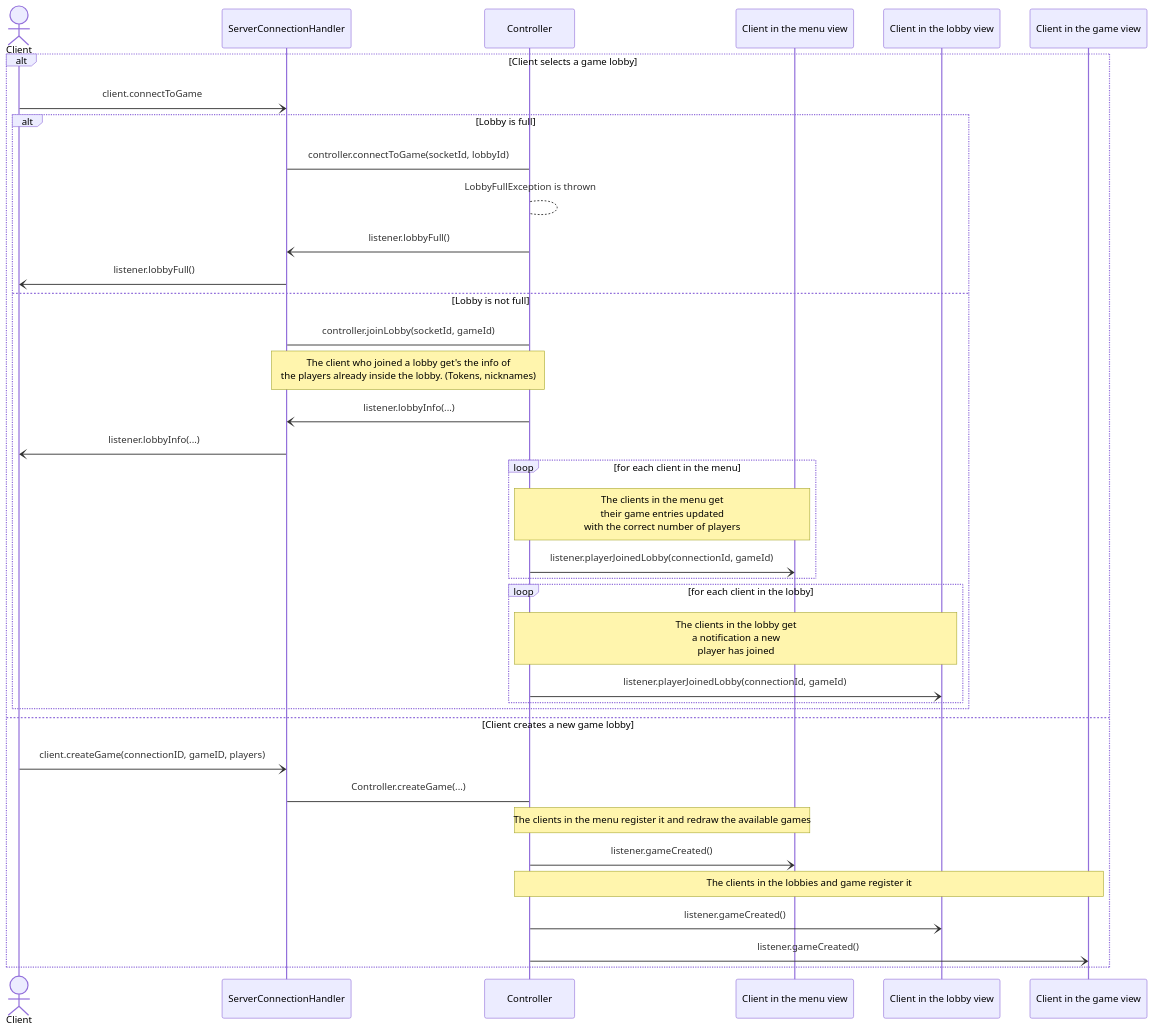
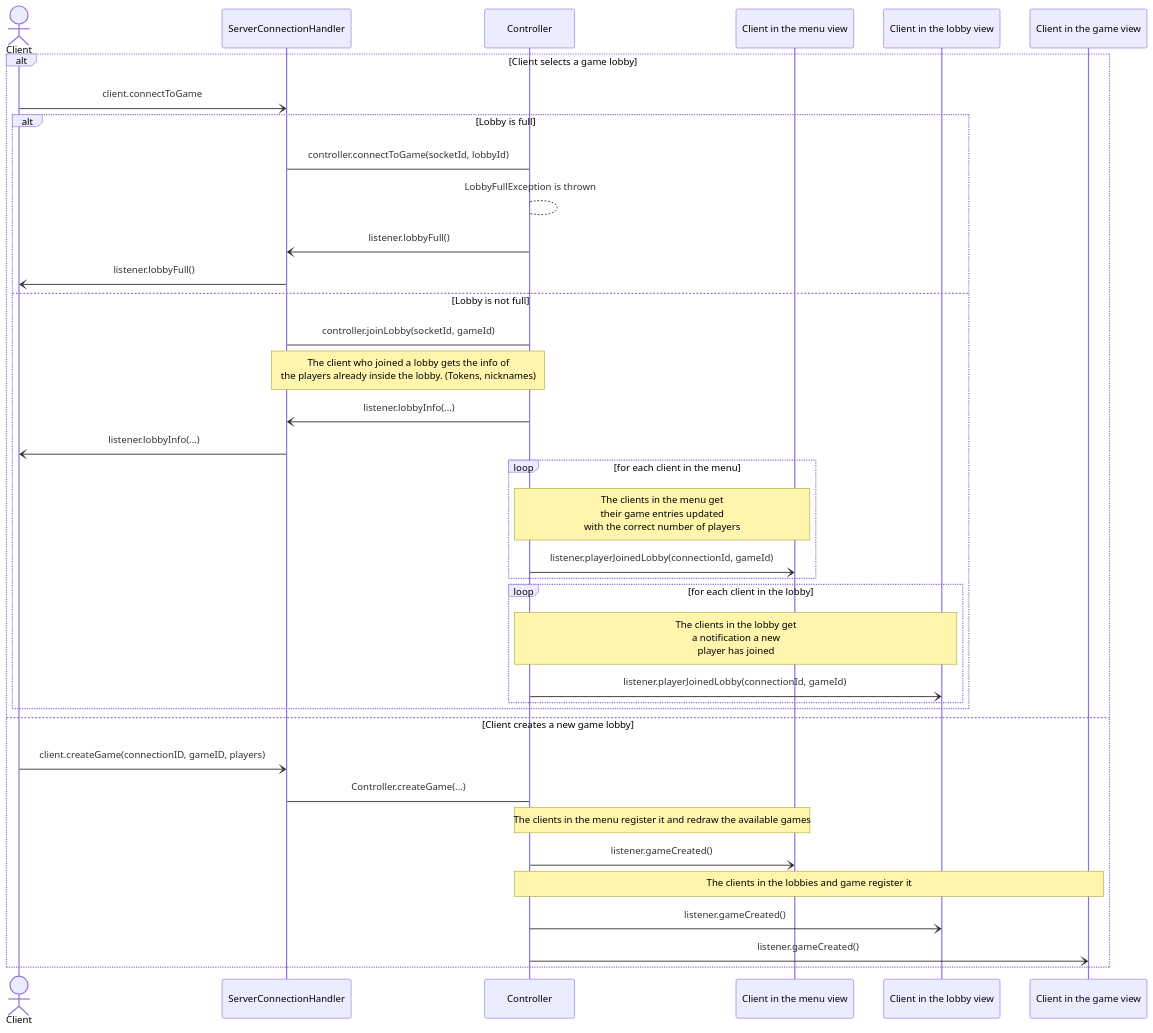
The fifth of 9 diagrams in documentation_wip/network_protocol.md (frephs/IS24-AM21), drawn with Mermaid before and after one commit. The commit also changed other lines of this file, not shown here.

````diff
--- a/documentation_wip/network_protocol.md
+++ b/documentation_wip/network_protocol.md
@@ -137,43 +137,43 @@
 ```mermaid
 sequenceDiagram
     actor Client
 
    
     # Join the Game Lobby
     alt Client selects a game lobby
 
     Client -) ServerConnectionHandler : client.connectToGame
     alt Lobby is full
         ServerConnectionHandler -> Controller : controller.connectToGame(socketId, lobbyId)
         Controller --> Controller : LobbyFullException is thrown
         Controller -) ServerConnectionHandler : listener.lobbyFull()
         ServerConnectionHandler -) Client : listener.lobbyFull()
     else Lobby is not full
          ServerConnectionHandler -> Controller : controller.joinLobby(socketId, gameId)
-         Note over Controller, ServerConnectionHandler:  The client who joined a lobby get's the info of <br> the players already inside the lobby. (Tokens, nicknames)
+         Note over Controller, ServerConnectionHandler:  The client who joined a lobby gets the info of <br> the players already inside the lobby. (Tokens, nicknames)
         Controller -) ServerConnectionHandler : listener.lobbyInfo(...)
         ServerConnectionHandler -) Client : listener.lobbyInfo(...)
         loop for each client in the menu 
             Note over Controller, Client in the menu view: The clients in the menu get <br> their game entries updated <br> with the correct number of players
             Controller -) Client in the menu view : listener.playerJoinedLobby(connectionId, gameId)
         end
         loop for each client in the lobby
             Note Over Controller, Client in the lobby view: The clients in the lobby get <br> a notification a new  <br> player has joined
             Controller -) Client in the lobby view :  listener.playerJoinedLobby(connectionId, gameId)
         end
     end
     
 
     else Client creates a new game lobby
         Client -) ServerConnectionHandler : client.createGame(connectionID, gameID, players)
         ServerConnectionHandler -> Controller : Controller.createGame(...)
         Note over Controller, Client in the menu view : The clients in the menu register it and redraw the available games
         Controller -) Client in the menu view : listener.gameCreated() 
         Note over Controller, Client in the game view : The clients in the lobbies and game register it 
         Controller -) Client in the lobby view : listener.gameCreated()
         Controller -) Client in the game view : listener.gameCreated()
 
 
     end
 
 ```
````
